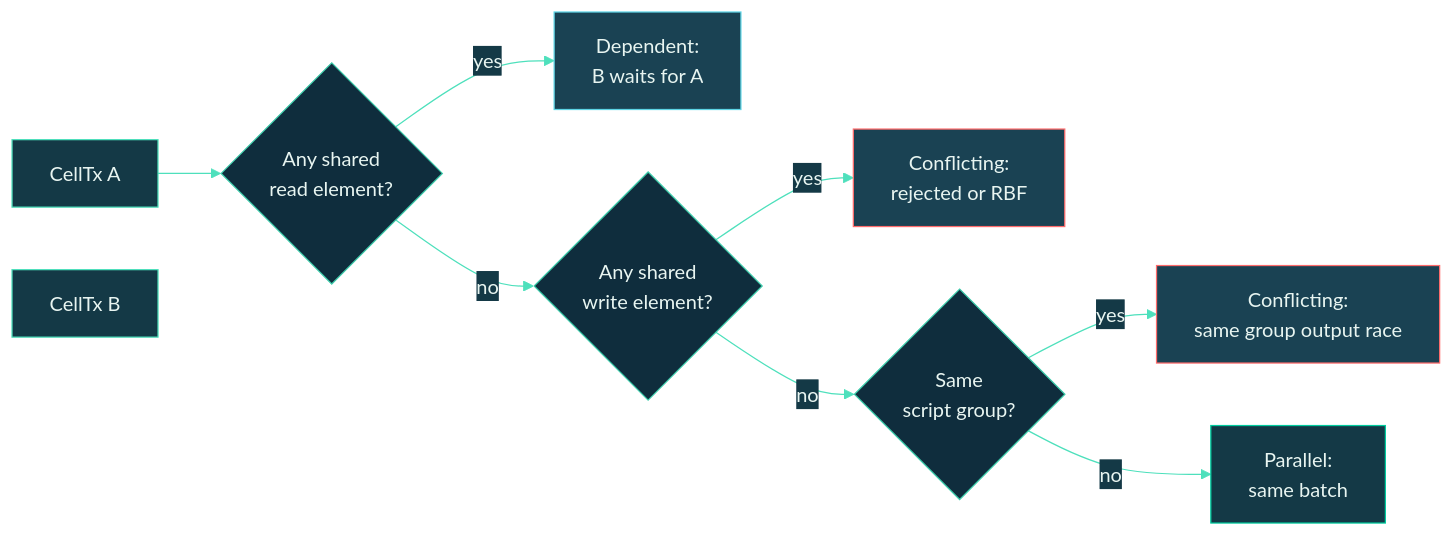
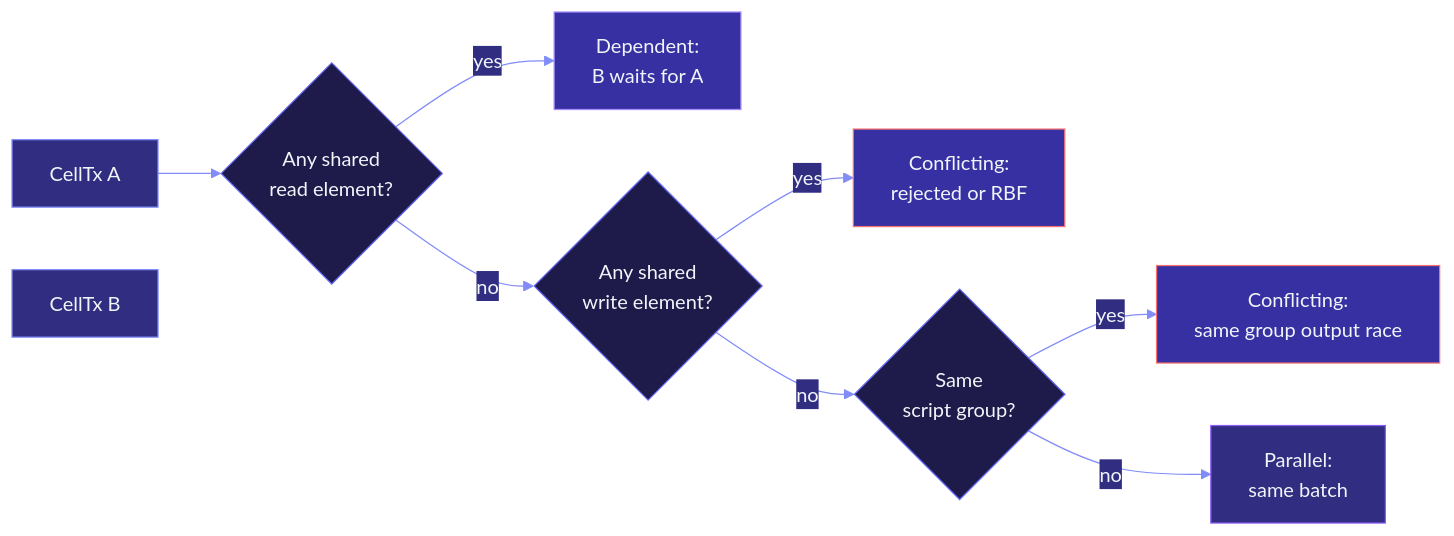
The second of 2 diagrams in docs/architecture/scheduler.md (Myelin-Labs/Myelin), drawn with Mermaid before and after one commit. The commit also changed other lines of this file and 31 other files, not shown here.

````diff
--- a/docs/architecture/scheduler.md
+++ b/docs/architecture/scheduler.md
@@ -119,29 +119,29 @@
 ```mermaid
 %%{init: {
   "theme": "base",
   "themeVariables": {
-    "primaryColor": "#0F2D3D",
-    "primaryTextColor": "#E8F5F1",
-    "primaryBorderColor": "#3CCBAA",
-    "lineColor": "#4EE0BC",
-    "secondaryColor": "#143946",
-    "tertiaryColor": "#1A4253"
+    "primaryColor": "#1E1B4B",
+    "primaryTextColor": "#F1F5F9",
+    "primaryBorderColor": "#6366F1",
+    "lineColor": "#818CF8",
+    "secondaryColor": "#312E81",
+    "tertiaryColor": "#3730A3"
   }
 }}%%
 flowchart LR
     A[CellTx A]:::a
     B[CellTx B]:::a
     A --> Q{"Any shared<br/>read element?"}:::q
     Q -- yes --> P["Dependent:<br/>B waits for A"]:::dep
     Q -- no  --> R{"Any shared<br/>write element?"}:::q
     R -- yes --> X["Conflicting:<br/>rejected or RBF"]:::conf
     R -- no  --> S{"Same<br/>script group?"}:::q
     S -- yes --> Y["Conflicting:<br/>same group output race"]:::conf
     S -- no  --> Z["Parallel:<br/>same batch"]:::par
 
-    classDef a   fill:#143946,stroke:#4EE0BC,color:#E8F5F1;
-    classDef q   fill:#0F2D3D,stroke:#3CCBAA,color:#E8F5F1;
-    classDef dep fill:#1A4253,stroke:#5DD4E5,color:#E8F5F1;
-    classDef conf fill:#1A4253,stroke:#FF6B6B,color:#E8F5F1;
-    classDef par  fill:#143946,stroke:#00CC9F,color:#E8F5F1;
+    classDef a   fill:#312E81,stroke:#818CF8,color:#F1F5F9;
+    classDef q   fill:#1E1B4B,stroke:#6366F1,color:#F1F5F9;
+    classDef dep fill:#3730A3,stroke:#A78BFA,color:#F1F5F9;
+    classDef conf fill:#3730A3,stroke:#F87171,color:#F1F5F9;
+    classDef par  fill:#312E81,stroke:#8B5CF6,color:#F1F5F9;
 ```
````
